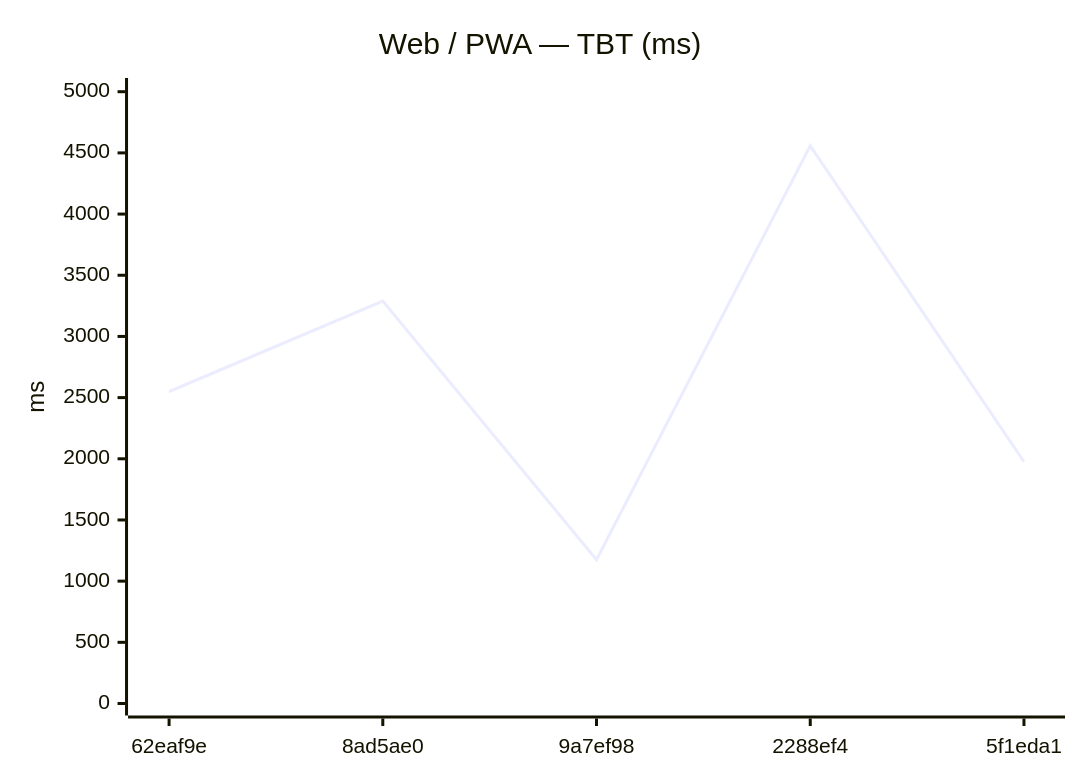
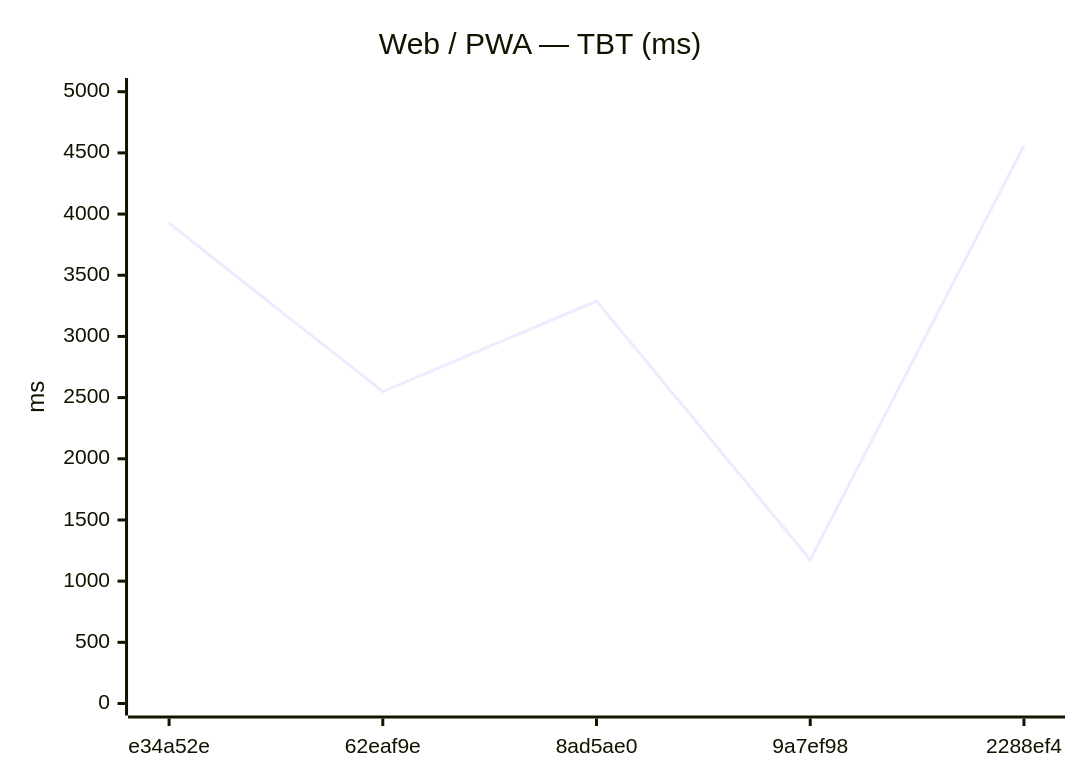
One commit to Metaheurist/Rianell changed the sixth of 12 diagrams in benchmarks/compare.md. Above: the diagram before and after it, drawn with Mermaid. The commit also changed other lines of this file and 8 other files, not shown here.

````diff
--- a/benchmarks/compare.md
+++ b/benchmarks/compare.md
@@ -89,7 +89,7 @@
 ```mermaid
 xychart-beta
     title "Web / PWA — TBT (ms)"
-    x-axis ["62eaf9e", "8ad5ae0", "9a7ef98", "2288ef4", "5f1eda1"]
+    x-axis ["e34a52e", "62eaf9e", "8ad5ae0", "9a7ef98", "2288ef4"]
     y-axis "ms" 0 --> 5014
-    line [2549, 3289, 1175, 4558, 1976]
+    line [3925, 2549, 3289, 1175, 4558]
 ```
````
